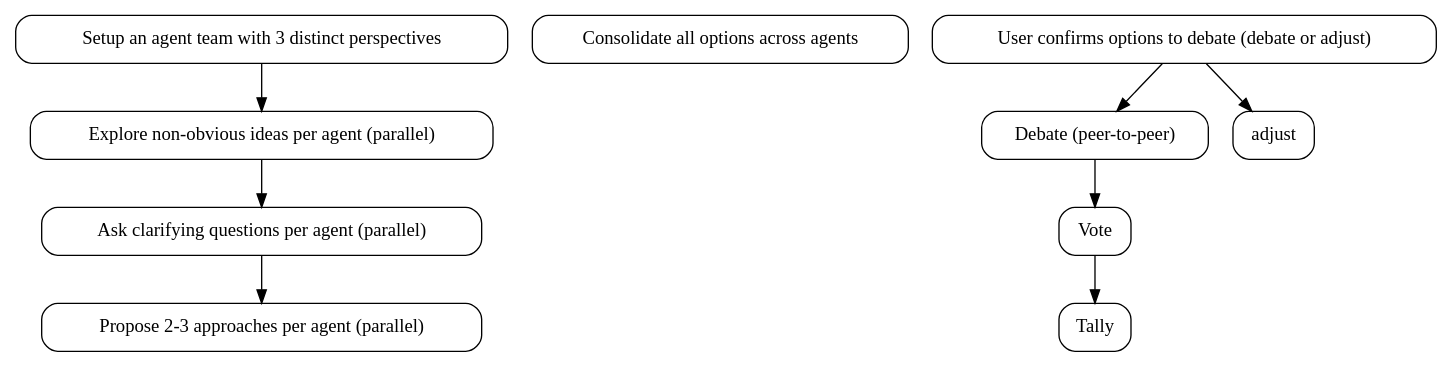
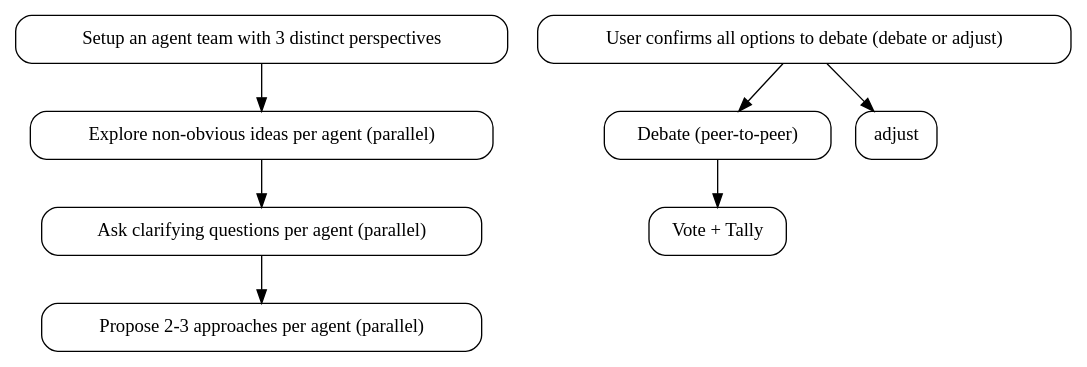
One commit to vinta/hal-9000 changed the diagram in skills/magi/SKILL.md. Above: the diagram before and after it, drawn with Graphviz. The commit also changed other lines of this file and 3 other files, not shown here.

````diff
--- a/skills/magi/SKILL.md
+++ b/skills/magi/SKILL.md
@@ -57,22 +28,20 @@
 ```dot
 digraph magi {
     rankdir=TB;
     node [shape=box, style=rounded];
 
     setup [label="Setup an agent team with 3 distinct perspectives"];
     explore [label="Explore non-obvious ideas per agent (parallel)"];
     ask [label="Ask clarifying questions per agent (parallel)"];
     propose [label="Propose 2-3 approaches per agent (parallel)"];
-    consolidate [label="Consolidate all options across agents"];
-    confirm [label="User confirms options to debate (debate or adjust)"];
+    confirm [label="User confirms all options to debate (debate or adjust)"];
     debate [label="Debate (peer-to-peer)"];
-    vote [label="Vote"];
-    tally [label="Tally"];
+    vote [label="Vote + Tally"];
 
     setup -> explore;
     explore -> ask -> propose;
     confirm -> debate;
     confirm -> adjust;
-    debate -> vote -> tally;
+    debate -> vote;
 }
 ```
````
